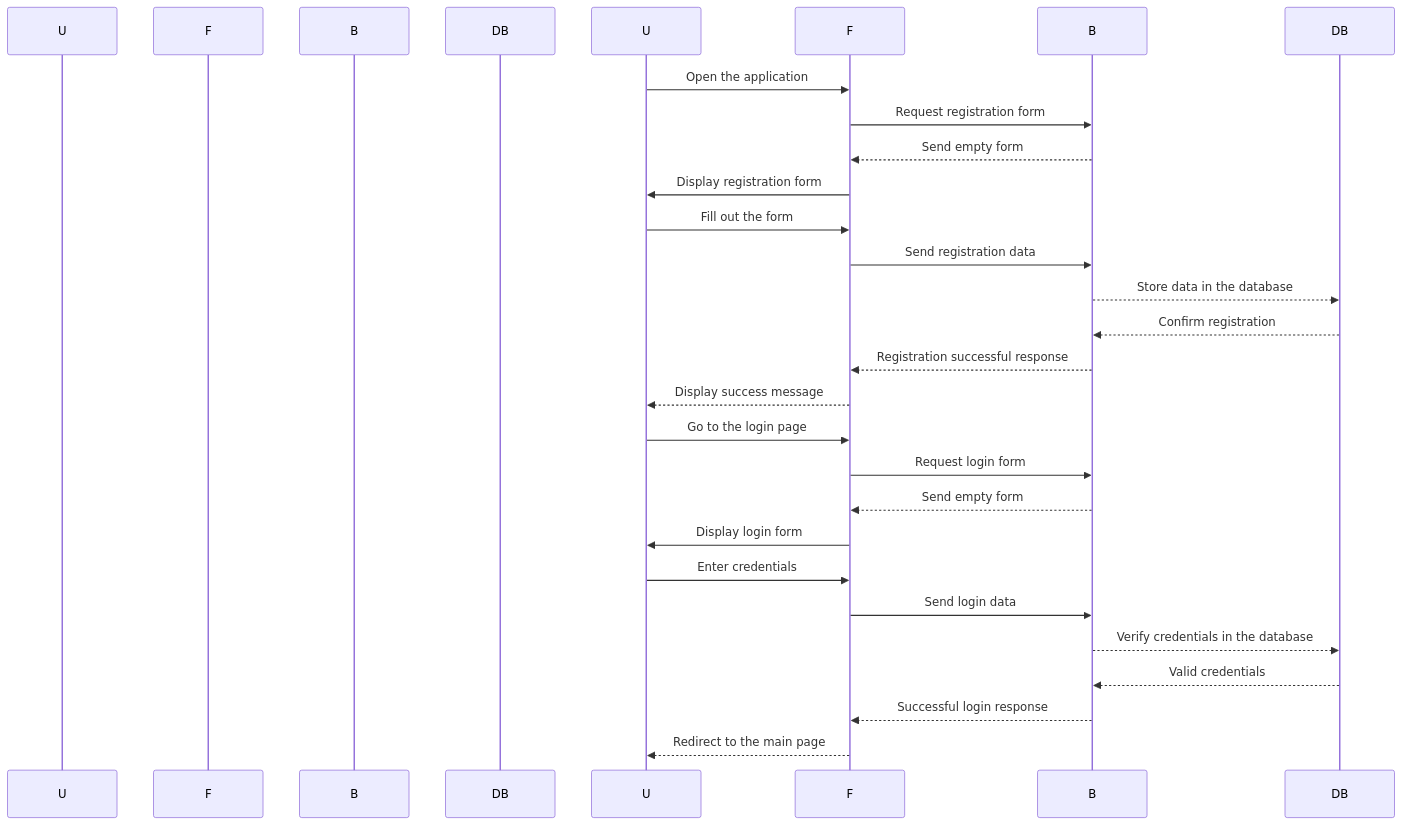
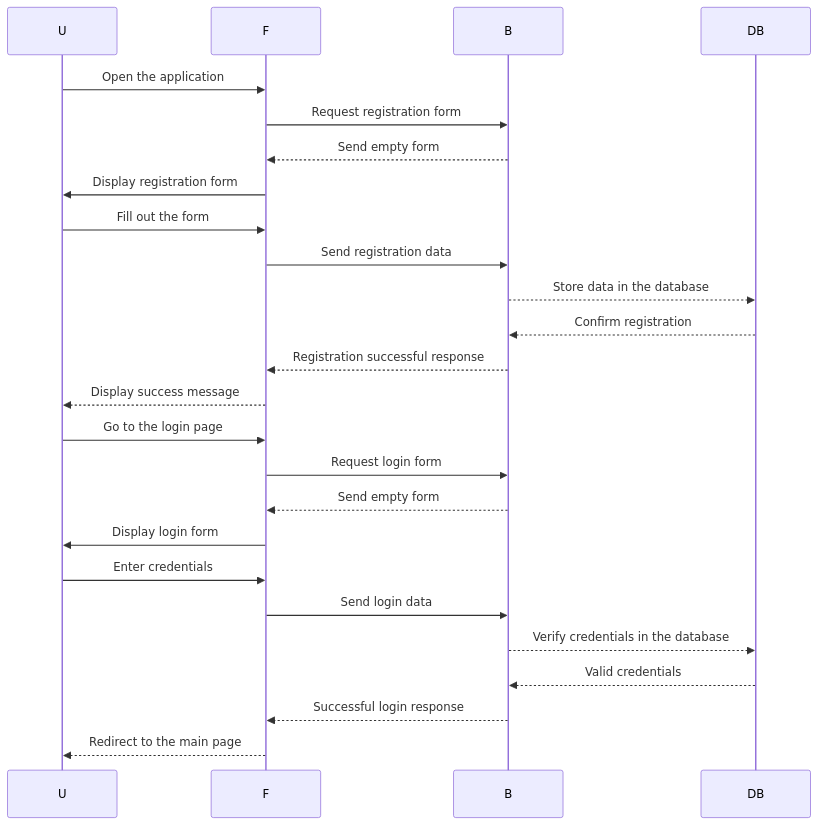
The diagram in frontend/src/diagram.mmd (sheilabarnagot/HopefulHarvest), drawn with Mermaid before and after one commit. The commit also changed 3 other files, not shown here.

Commit message:
diagram.png in src folder

```diff
--- a/frontend/src/diagram.mmd
+++ b/frontend/src/diagram.mmd
@@ -1,29 +1,25 @@
 sequenceDiagram
-  participant User as U
-  participant Frontend as F
-  participant Backend as B
-  participant Database as DB
 
-  U->>F: Open the application
+    U->>F: Open the application
   F->>B: Request registration form
   B-->>F: Send empty form
   F->>U: Display registration form
 
   U->>F: Fill out the form
   F->>B: Send registration data
   B-->>DB: Store data in the database
   DB-->>B: Confirm registration
   B-->>F: Registration successful response
   F-->>U: Display success message
 
   U->>F: Go to the login page
   F->>B: Request login form
   B-->>F: Send empty form
   F->>U: Display login form
 
   U->>F: Enter credentials
   F->>B: Send login data
   B-->>DB: Verify credentials in the database
   DB-->>B: Valid credentials
   B-->>F: Successful login response
   F-->>U: Redirect to the main page
```
